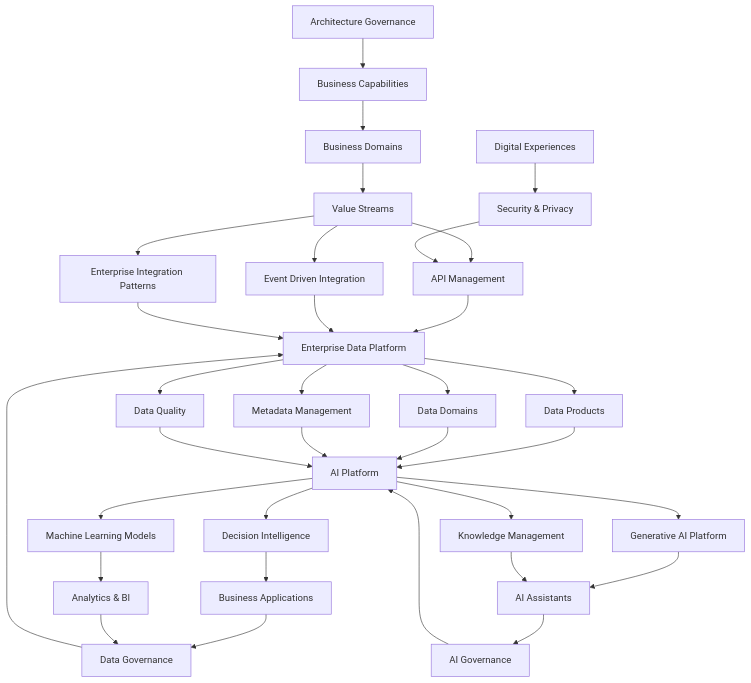
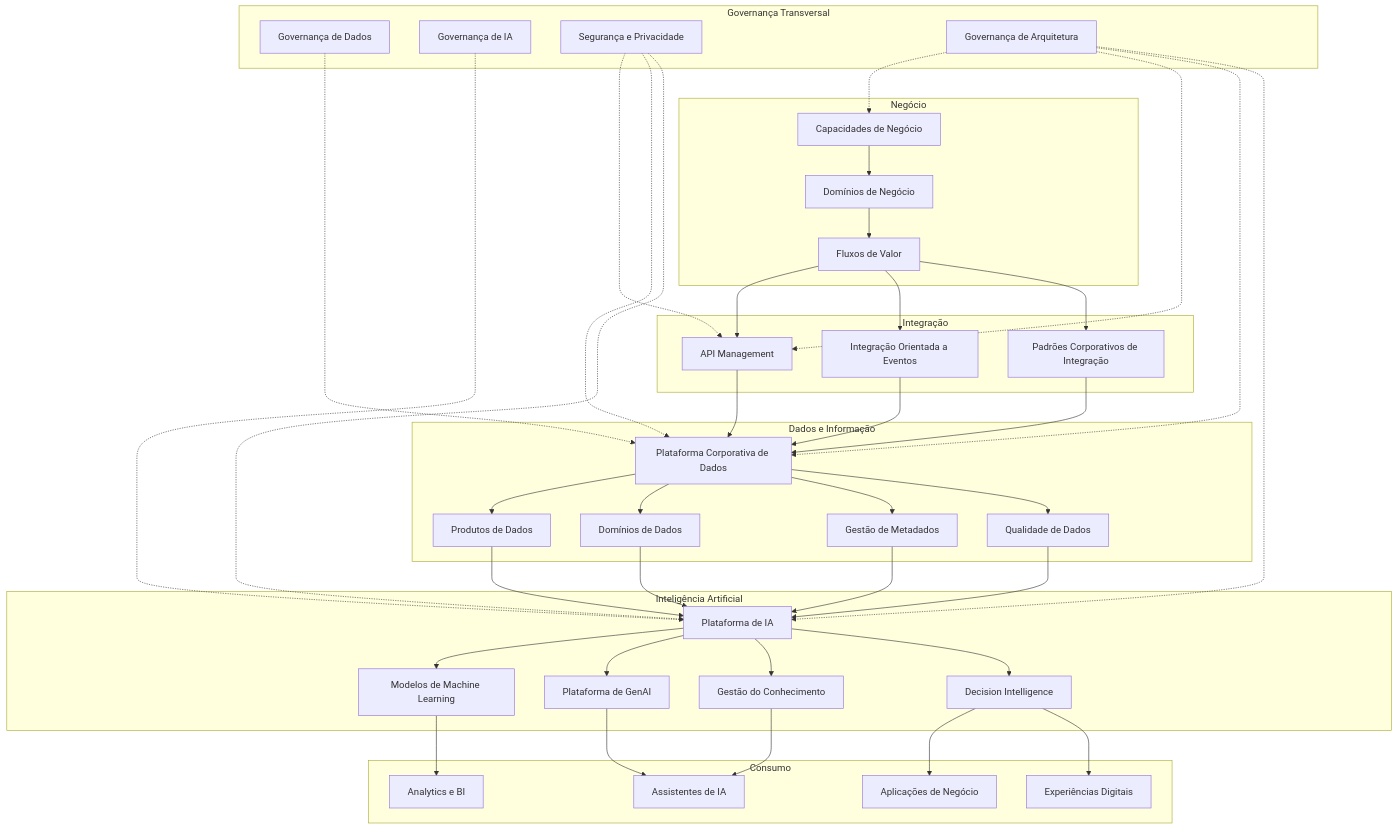
The diagram in programs/02-enterprise-data-ai-platform/diagrams/executive-target-state.md (rogereufrasio/adtech-omnichannel-platform), drawn with Mermaid before and after one commit. The commit also changed other lines of this file and 260 other files, not shown here.

Commit message:
release: finalize Enterprise Architecture Practice v1.0.0

````diff
--- a/programs/02-enterprise-data-ai-platform/diagrams/executive-target-state.md
+++ b/programs/02-enterprise-data-ai-platform/diagrams/executive-target-state.md
@@ -29,92 +26,78 @@
 ```mermaid
 flowchart TB
+    subgraph NEG["Negócio"]
+        B1["Capacidades de Negócio"]
+        B2["Domínios de Negócio"]
+        B3["Fluxos de Valor"]
+        B1 --> B2 --> B3
+    end
 
-    %% Business Layer
+    subgraph INT["Integração"]
+        I1["API Management"]
+        I2["Integração Orientada a Eventos"]
+        I3["Padrões Corporativos de Integração"]
+    end
 
-    B1[Business Capabilities]
-    B2[Business Domains]
-    B3[Value Streams]
+    subgraph DAT["Dados e Informação"]
+        D1["Plataforma Corporativa de Dados"]
+        D2["Produtos de Dados"]
+        D3["Domínios de Dados"]
+        D4["Gestão de Metadados"]
+        D5["Qualidade de Dados"]
+        D1 --> D2
+        D1 --> D3
+        D1 --> D4
+        D1 --> D5
+    end
 
+    subgraph IAA["Inteligência Artificial"]
+        A1["Plataforma de IA"]
+        A2["Modelos de Machine Learning"]
+        A3["Plataforma de GenAI"]
+        A4["Gestão do Conhecimento"]
+        A5["Decision Intelligence"]
+        A1 --> A2
+        A1 --> A3
+        A1 --> A4
+        A1 --> A5
+    end
 
-    %% Integration Layer
+    subgraph CON["Consumo"]
+        C1["Aplicações de Negócio"]
+        C2["Analytics e BI"]
+        C3["Assistentes de IA"]
+        C4["Experiências Digitais"]
+    end
 
-    I1[API Management]
-    I2[Event Driven Integration]
-    I3[Enterprise Integration Patterns]
-
-
-    %% Data Layer
-
-    D1[Enterprise Data Platform]
-    D2[Data Products]
-    D3[Data Domains]
-    D4[Metadata Management]
-    D5[Data Quality]
-
-
-    %% AI Layer
-
-    A1[AI Platform]
-    A2[Machine Learning Models]
-    A3[Generative AI Platform]
-    A4[Knowledge Management]
-    A5[Decision Intelligence]
-
-
-    %% Consumption Layer
-
-    C1[Business Applications]
-    C2[Analytics & BI]
-    C3[AI Assistants]
-    C4[Digital Experiences]
-
-
-    %% Governance Layer
-
-    G1[Data Governance]
-    G2[AI Governance]
-    G3[Security & Privacy]
-    G4[Architecture Governance]
-
-
-    B1 --> B2
-    B2 --> B3
+    subgraph GOV["Governança Transversal"]
+        G1["Governança de Dados"]
+        G2["Governança de IA"]
+        G3["Segurança e Privacidade"]
+        G4["Governança de Arquitetura"]
+    end
 
     B3 --> I1
     B3 --> I2
     B3 --> I3
-
     I1 --> D1
     I2 --> D1
     I3 --> D1
-
-    D1 --> D2
-    D1 --> D3
-    D1 --> D4
-    D1 --> D5
-
     D2 --> A1
     D3 --> A1
     D4 --> A1
     D5 --> A1
-
-    A1 --> A2
-    A1 --> A3
-    A1 --> A4
-    A1 --> A5
-
     A2 --> C2
     A3 --> C3
     A4 --> C3
     A5 --> C1
-
-    C1 --> G1
-    C2 --> G1
-    C3 --> G2
-    C4 --> G3
-
-    G1 --> D1
-    G2 --> A1
-    G3 --> I1
-    G4 --> B1
+    A5 --> C4
+    G1 -.-> D1
+    G2 -.-> A1
+    G3 -.-> I1
+    G3 -.-> D1
+    G3 -.-> A1
+    G4 -.-> B1
+    G4 -.-> I1
+    G4 -.-> D1
+    G4 -.-> A1
 ```
````
